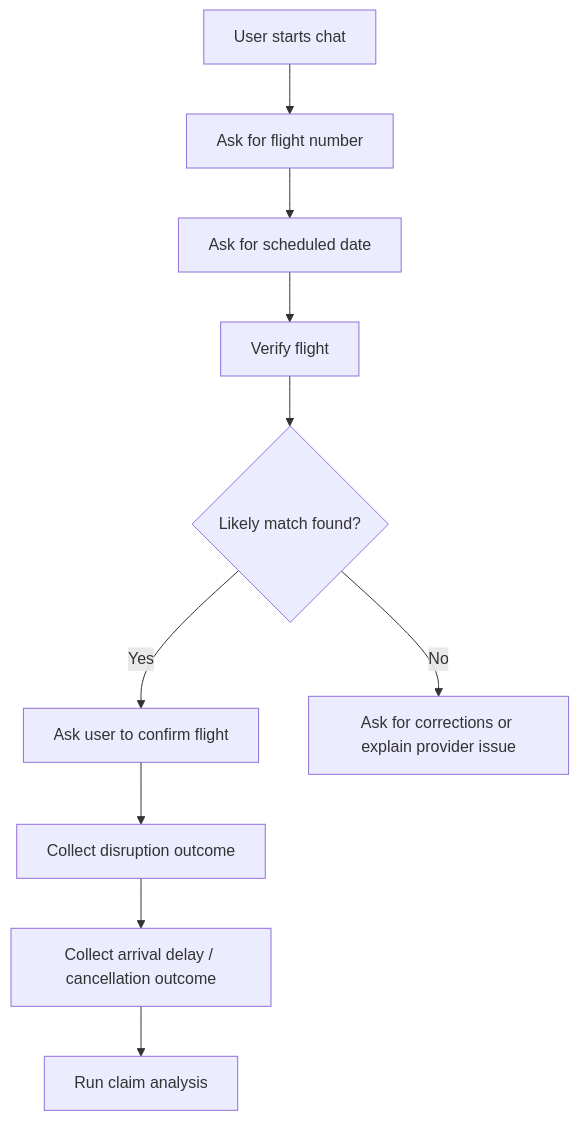
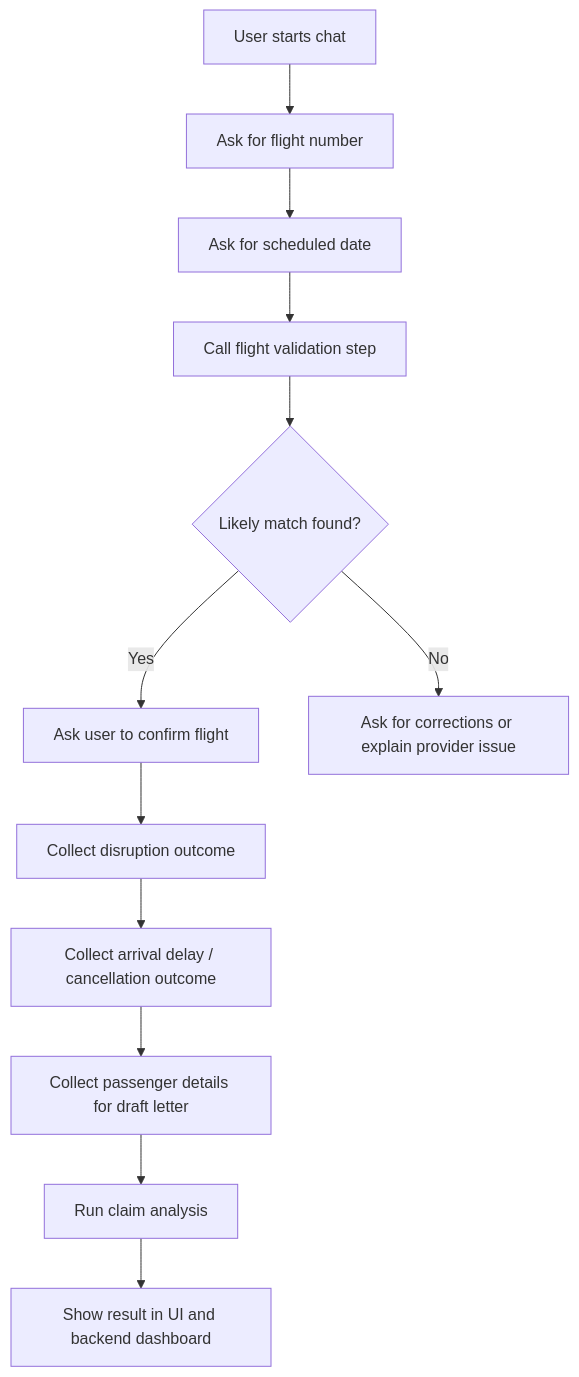
The third of 4 diagrams in README.md (entertainingrover01/Flight_Agent_V2), drawn with Mermaid before and after one commit. The commit also changed other lines of this file, not shown here.

````diff
--- a/README.md
+++ b/README.md
@@ -85,12 +94,14 @@
 ```mermaid
 flowchart TD
     A["User starts chat"] --> B["Ask for flight number"]
     B --> C["Ask for scheduled date"]
-    C --> D["Verify flight"]
+    C --> D["Call flight validation step"]
     D --> E{"Likely match found?"}
     E -- Yes --> F["Ask user to confirm flight"]
     E -- No --> G["Ask for corrections or explain provider issue"]
     F --> H["Collect disruption outcome"]
     H --> I["Collect arrival delay / cancellation outcome"]
-    I --> J["Run claim analysis"]
+    I --> J["Collect passenger details for draft letter"]
+    J --> K["Run claim analysis"]
+    K --> L["Show result in UI and backend dashboard"]
 ```
````
